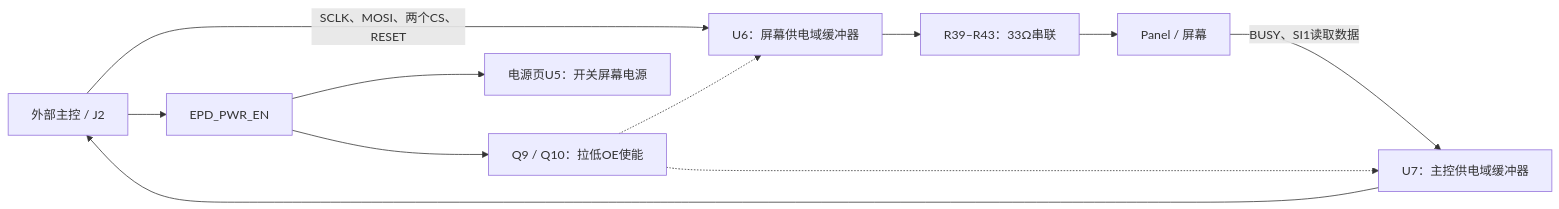
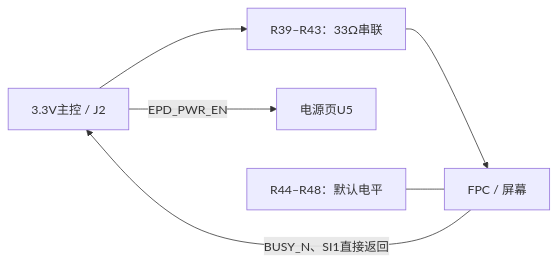
The diagram in hardware/pcb/gdep133c02-driver/docs/interface-circuit-explained.md (Rhys-Q/album), drawn with Mermaid before and after one commit. The commit also changed other lines of this file and 204 other files, not shown here.

````diff
--- a/hardware/pcb/gdep133c02-driver/docs/interface-circuit-explained.md
+++ b/hardware/pcb/gdep133c02-driver/docs/interface-circuit-explained.md
@@ -18,11 +7,7 @@
 ```mermaid
 flowchart LR
- H["外部主控 / J2"] -->|"SCLK、MOSI、两个CS、RESET"| U6["U6：屏幕供电域缓冲器"]
- U6 --> R["R39–R43：33Ω串联"] --> P["Panel / 屏幕"]
- P -->|"BUSY、SI1读取数据"| U7["U7：主控供电域缓冲器"] --> H
- H --> EN["EPD_PWR_EN"]
- EN --> Q["Q9 / Q10：拉低OE使能"]
- Q -.-> U6
- Q -.-> U7
- EN --> S["电源页U5：开关屏幕电源"]
+ H["3.3V主控 / J2"] --> R["R39–R43：33Ω串联"] --> F["FPC / 屏幕"]
+ F -->|"BUSY_N、SI1直接返回"| H
+ H -->|"EPD_PWR_EN"| P["电源页U5"]
+ B["R44–R48：默认电平"] --- F
 ```
````
